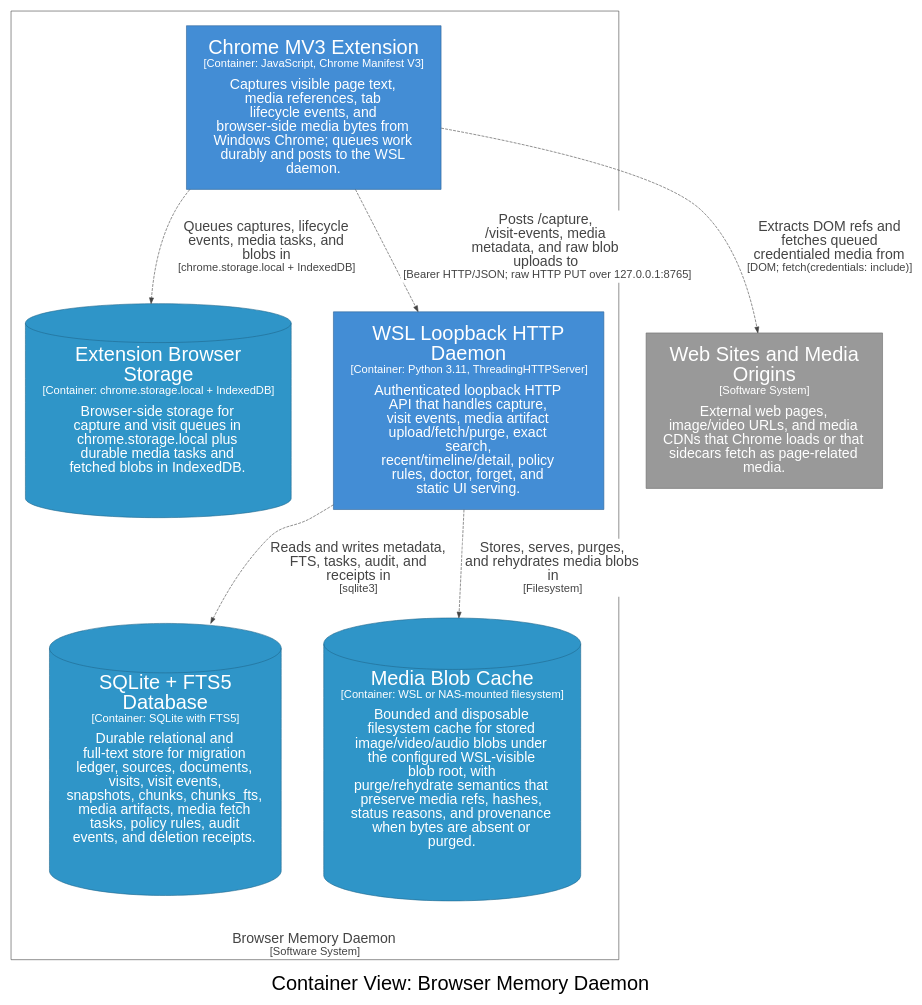
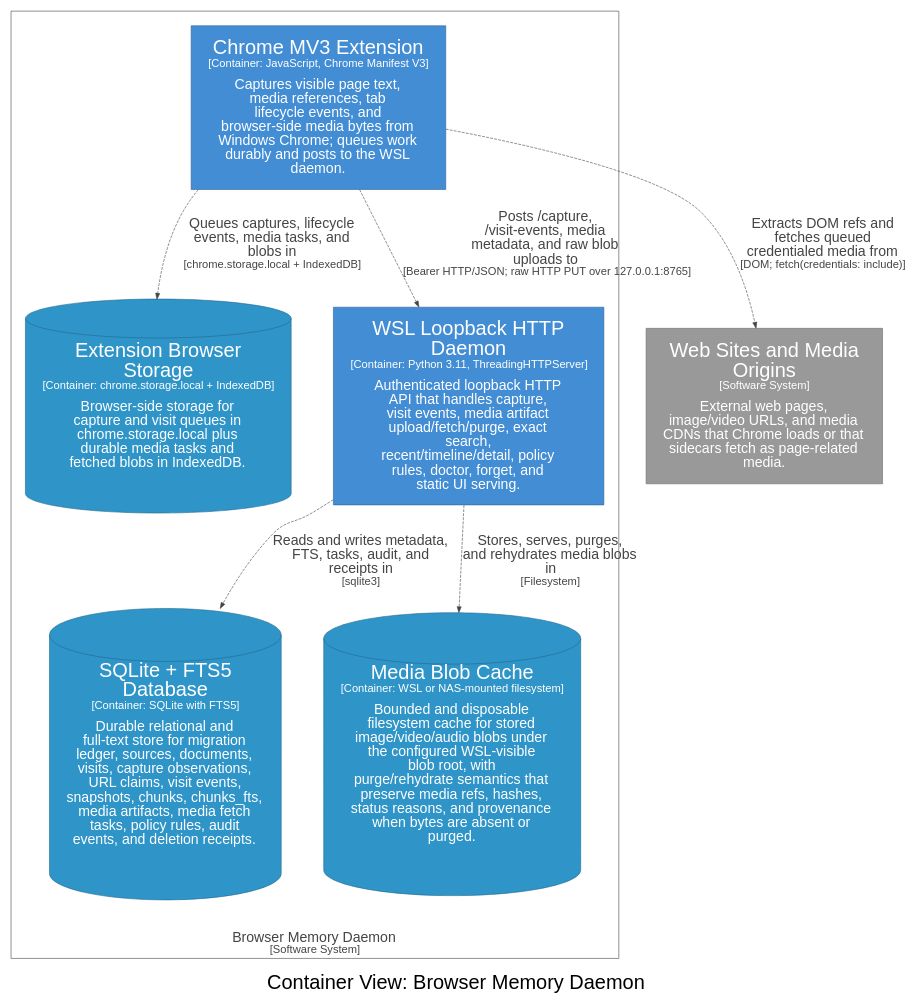
The diagram in docs/architecture/diagrams/dot/structurizr-BrowserMediaContainers.dot (michaelnicks0/browser-memory-daemon), drawn with Graphviz before and after one commit. The commit also changed 162 other files, not shown here.

Commit message:
feat(model): add capture observations and URL claims

```diff
--- a/docs/architecture/diagrams/dot/structurizr-BrowserMediaContainers.dot
+++ b/docs/architecture/diagrams/dot/structurizr-BrowserMediaContainers.dot
@@ -1,31 +1,31 @@
 digraph {
   compound=true
   graph [fontname="Arial", rankdir=TB, ranksep=1.0, nodesep=1.0]
   node [fontname="Arial", shape=box, margin="0.4,0.3"]
   edge [fontname="Arial"]
   label=<<br /><font point-size="34">Container View: Browser Memory Daemon</font>>
 
   3 [id=3,shape=rect, label=<<font point-size="34">Web Sites and Media<br />Origins</font><br /><font point-size="19">[Software System]</font><br /><br /><font point-size="24">External web pages,<br />image/video URLs, and media<br />CDNs that Chrome loads or that<br />sidecars fetch as page-related<br />media.</font>>, style=filled, color="#6b6b6b", fillcolor="#999999", fontcolor="#ffffff"]
 
   subgraph cluster_4 {
     margin=25
     label=<<font point-size="24"><br />Browser Memory Daemon</font><br /><font point-size="19">[Software System]</font>>
     labelloc=b
     color="#444444"
     fontcolor="#444444"
     fillcolor="#444444"
 
     13 [id=13,shape=cylinder, label=<<font point-size="34">Extension Browser<br />Storage</font><br /><font point-size="19">[Container: chrome.storage.local + IndexedDB]</font><br /><br /><font point-size="24">Browser-side storage for<br />capture and visit queues in<br />chrome.storage.local plus<br />durable media tasks and<br />fetched blobs in IndexedDB.</font>>, style=filled, color="#20688c", fillcolor="#2f95c8", fontcolor="#ffffff"]
     14 [id=14,shape=rect, label=<<font point-size="34">WSL Loopback HTTP<br />Daemon</font><br /><font point-size="19">[Container: Python 3.11, ThreadingHTTPServer]</font><br /><br /><font point-size="24">Authenticated loopback HTTP<br />API that handles capture,<br />visit events, media artifact<br />upload/fetch/purge, exact<br />search,<br />recent/timeline/detail, policy<br />rules, doctor, forget, and<br />static UI serving.</font>>, style=filled, color="#2e6295", fillcolor="#438dd5", fontcolor="#ffffff"]
-    28 [id=28,shape=cylinder, label=<<font point-size="34">SQLite + FTS5<br />Database</font><br /><font point-size="19">[Container: SQLite with FTS5]</font><br /><br /><font point-size="24">Durable relational and<br />full-text store for migration<br />ledger, sources, documents,<br />visits, visit events,<br />snapshots, chunks, chunks_fts,<br />media artifacts, media fetch<br />tasks, policy rules, audit<br />events, and deletion receipts.</font>>, style=filled, color="#20688c", fillcolor="#2f95c8", fontcolor="#ffffff"]
+    28 [id=28,shape=cylinder, label=<<font point-size="34">SQLite + FTS5<br />Database</font><br /><font point-size="19">[Container: SQLite with FTS5]</font><br /><br /><font point-size="24">Durable relational and<br />full-text store for migration<br />ledger, sources, documents,<br />visits, capture observations,<br />URL claims, visit events,<br />snapshots, chunks, chunks_fts,<br />media artifacts, media fetch<br />tasks, policy rules, audit<br />events, and deletion receipts.</font>>, style=filled, color="#20688c", fillcolor="#2f95c8", fontcolor="#ffffff"]
     30 [id=30,shape=cylinder, label=<<font point-size="34">Media Blob Cache</font><br /><font point-size="19">[Container: WSL or NAS-mounted filesystem]</font><br /><br /><font point-size="24">Bounded and disposable<br />filesystem cache for stored<br />image/video/audio blobs under<br />the configured WSL-visible<br />blob root, with<br />purge/rehydrate semantics that<br />preserve media refs, hashes,<br />status reasons, and provenance<br />when bytes are absent or<br />purged.</font>>, style=filled, color="#20688c", fillcolor="#2f95c8", fontcolor="#ffffff"]
     5 [id=5,shape=rect, label=<<font point-size="34">Chrome MV3 Extension</font><br /><font point-size="19">[Container: JavaScript, Chrome Manifest V3]</font><br /><br /><font point-size="24">Captures visible page text,<br />media references, tab<br />lifecycle events, and<br />browser-side media bytes from<br />Windows Chrome; queues work<br />durably and posts to the WSL<br />daemon.</font>>, style=filled, color="#2e6295", fillcolor="#438dd5", fontcolor="#ffffff"]
   }
 
-  5 -> 3 [id=37, label=<<TABLE BORDER="0" CELLBORDER="0" CELLSPACING="0" CELLPADDING="4" BGCOLOR="white"><TR><TD><font point-size="24">Extracts DOM refs and<br />fetches queued<br />credentialed media from</font><br /><font point-size="19">[DOM; fetch(credentials: include)]</font></TD></TR></TABLE>>, style="dashed", color="#444444", fontcolor="#444444"]
-  5 -> 13 [id=38, label=<<TABLE BORDER="0" CELLBORDER="0" CELLSPACING="0" CELLPADDING="4" BGCOLOR="white"><TR><TD><font point-size="24">Queues captures, lifecycle<br />events, media tasks, and<br />blobs in</font><br /><font point-size="19">[chrome.storage.local + IndexedDB]</font></TD></TR></TABLE>>, style="dashed", color="#444444", fontcolor="#444444"]
-  5 -> 14 [id=39, label=<<TABLE BORDER="0" CELLBORDER="0" CELLSPACING="0" CELLPADDING="4" BGCOLOR="white"><TR><TD><font point-size="24">Posts /capture,<br />/visit-events, media<br />metadata, and raw blob<br />uploads to</font><br /><font point-size="19">[Bearer HTTP/JSON; raw HTTP PUT over 127.0.0.1:8765]</font></TD></TR></TABLE>>, style="dashed", color="#444444", fontcolor="#444444"]
-  14 -> 28 [id=44, label=<<TABLE BORDER="0" CELLBORDER="0" CELLSPACING="0" CELLPADDING="4" BGCOLOR="white"><TR><TD><font point-size="24">Reads and writes metadata,<br />FTS, tasks, audit, and<br />receipts in</font><br /><font point-size="19">[sqlite3]</font></TD></TR></TABLE>>, style="dashed", color="#444444", fontcolor="#444444"]
-  14 -> 30 [id=46, label=<<TABLE BORDER="0" CELLBORDER="0" CELLSPACING="0" CELLPADDING="4" BGCOLOR="white"><TR><TD><font point-size="24">Stores, serves, purges,<br />and rehydrates media blobs<br />in</font><br /><font point-size="19">[Filesystem]</font></TD></TR></TABLE>>, style="dashed", color="#444444", fontcolor="#444444"]
+  5 -> 3 [id=37, label=<<font point-size="24">Extracts DOM refs and<br />fetches queued<br />credentialed media from</font><br /><font point-size="19">[DOM; fetch(credentials: include)]</font>>, style="dashed", color="#444444", fontcolor="#444444"]
+  5 -> 13 [id=38, label=<<font point-size="24">Queues captures, lifecycle<br />events, media tasks, and<br />blobs in</font><br /><font point-size="19">[chrome.storage.local + IndexedDB]</font>>, style="dashed", color="#444444", fontcolor="#444444"]
+  5 -> 14 [id=39, label=<<font point-size="24">Posts /capture,<br />/visit-events, media<br />metadata, and raw blob<br />uploads to</font><br /><font point-size="19">[Bearer HTTP/JSON; raw HTTP PUT over 127.0.0.1:8765]</font>>, style="dashed", color="#444444", fontcolor="#444444"]
+  14 -> 28 [id=44, label=<<font point-size="24">Reads and writes metadata,<br />FTS, tasks, audit, and<br />receipts in</font><br /><font point-size="19">[sqlite3]</font>>, style="dashed", color="#444444", fontcolor="#444444"]
+  14 -> 30 [id=46, label=<<font point-size="24">Stores, serves, purges,<br />and rehydrates media blobs<br />in</font><br /><font point-size="19">[Filesystem]</font>>, style="dashed", color="#444444", fontcolor="#444444"]
 
 }
```
